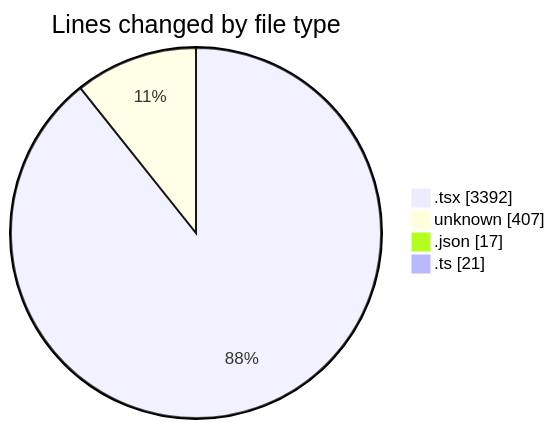
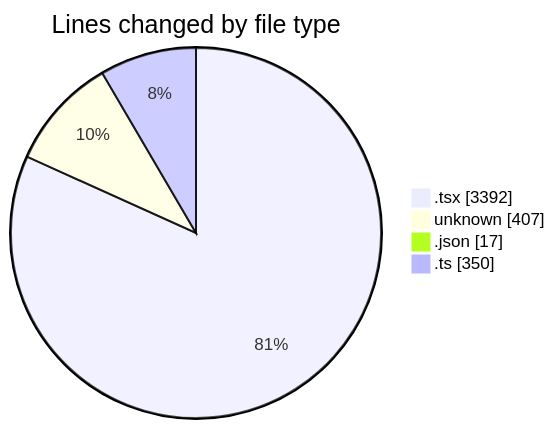
The first of 2 diagrams in 2025-06-20/archive/README.md (JenPaints/code-tracking), drawn with Mermaid before and after one commit. The commit also changed other lines of this file and 1 other file, not shown here.

````diff
--- a/2025-06-20/archive/README.md
+++ b/2025-06-20/archive/README.md
@@ -32,8 +33,8 @@
 ```mermaid
 pie showData
 title Lines changed by file type
 ".tsx" : 3392
 "unknown" : 407
 ".json" : 17
-".ts" : 21
+".ts" : 350
 ```
````
